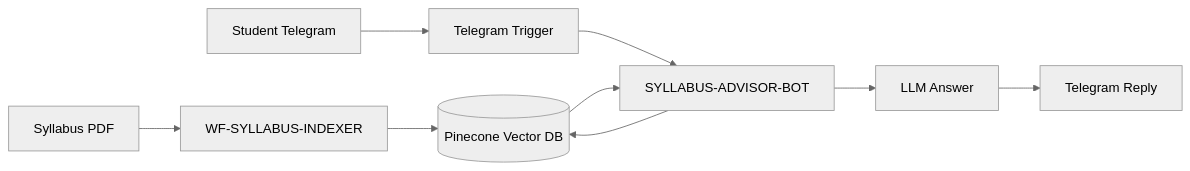
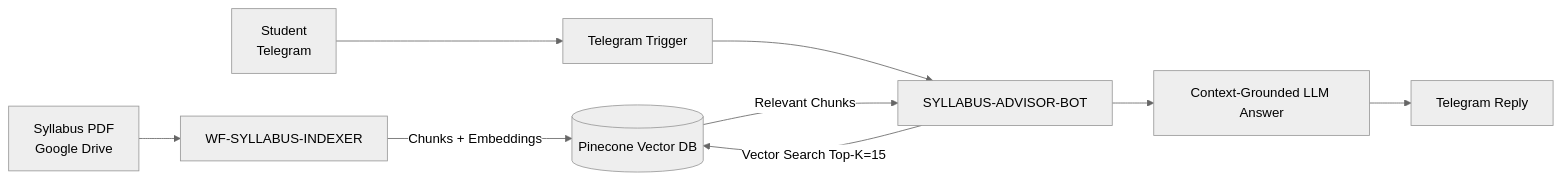
Before and after one commit to prashgayat/N8N_Assignments: the diagram in Assignment_1/README.md, drawn with Mermaid (neutral theme). The commit also changed other lines of this file, not shown here.

````diff
--- a/Assignment_1/README.md
+++ b/Assignment_1/README.md
@@ -9,11 +22,12 @@
 ```mermaid
 flowchart LR
-    A[Syllabus PDF] --> B[WF-SYLLABUS-INDEXER]
-    B --> C[(Pinecone Vector DB)]
-    D[Student Telegram] --> E[Telegram Trigger]
+    A[Syllabus PDF<br/>Google Drive] --> B[WF-SYLLABUS-INDEXER]
+    B -->|Chunks + Embeddings| C[(Pinecone Vector DB)]
+
+    D[Student<br/>Telegram] --> E[Telegram Trigger]
     E --> F[SYLLABUS-ADVISOR-BOT]
-    F --> C
-    C --> F
-    F --> G[LLM Answer]
+    F -->|Vector Search Top-K=15| C
+    C -->|Relevant Chunks| F
+    F --> G[Context-Grounded LLM Answer]
     G --> H[Telegram Reply]
 ```
````
